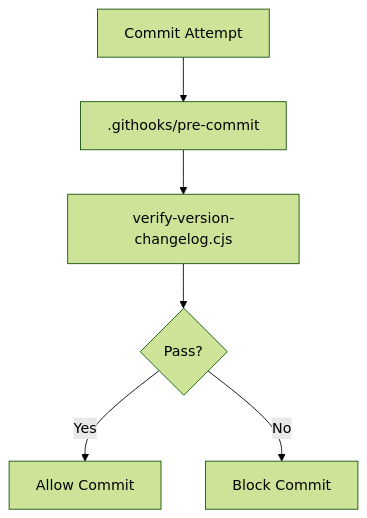
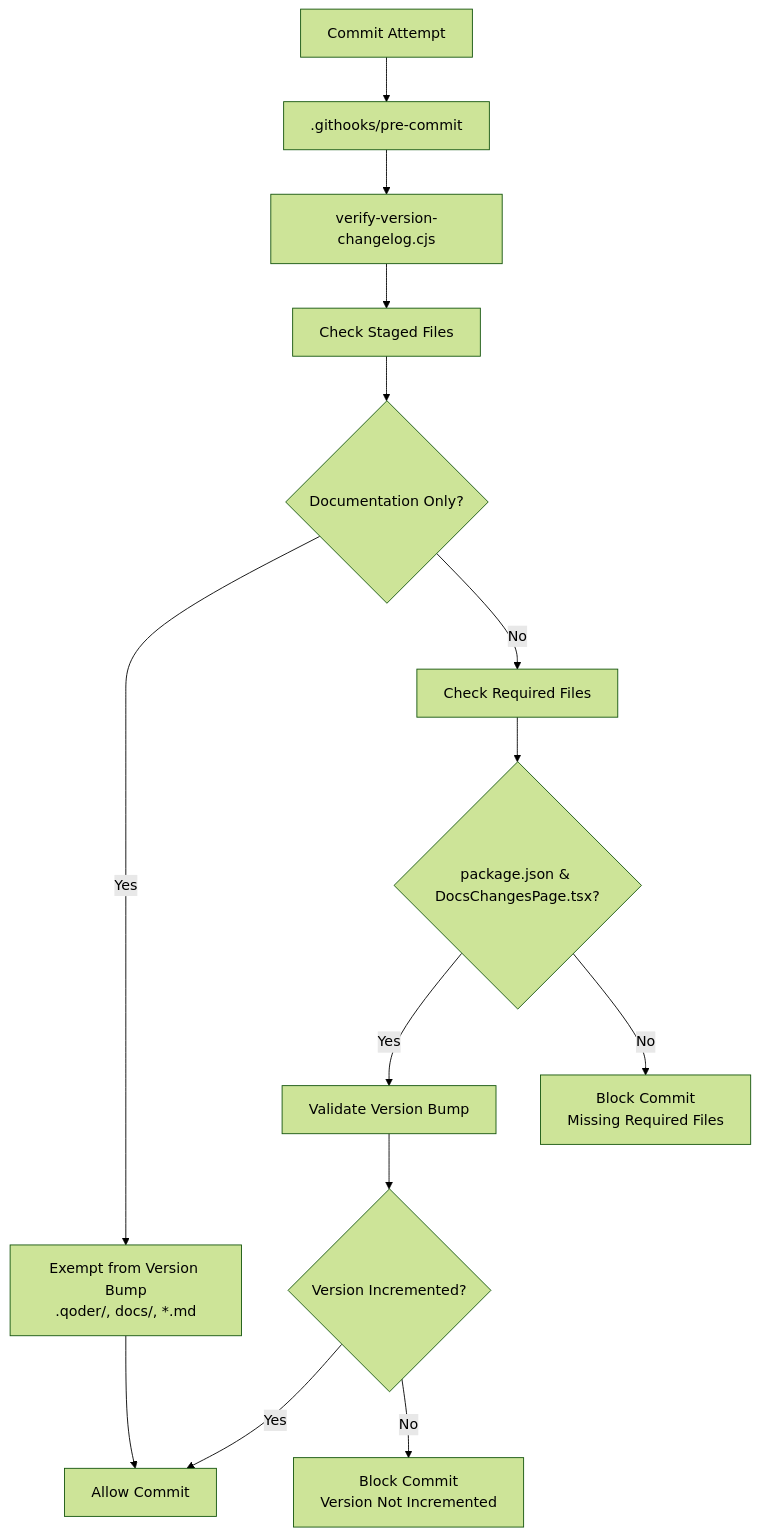
One commit to usermontalvao/CRMlaw changed the ninth of 10 diagrams in .qoder/repowiki/en/content/Development Tools.md. Above: the diagram before and after it, drawn with Mermaid (forest theme). The commit also changed other lines of this file and 7 other files, not shown here.

````diff
--- a/.qoder/repowiki/en/content/Development Tools.md
+++ b/.qoder/repowiki/en/content/Development Tools.md
@@ -292,8 +305,16 @@
 ```mermaid
 flowchart TD
 Commit["Commit Attempt"] --> Hook[".githooks/pre-commit"]
 Hook --> Verify["verify-version-changelog.cjs"]
-Verify --> Result{"Pass?"}
-Result --> |Yes| Allow["Allow Commit"]
-Result --> |No| Block["Block Commit"]
+Verify --> StageCheck["Check Staged Files"]
+StageCheck --> DocCheck{"Documentation Only?"}
+DocCheck --> |Yes| Exempt["Exempt from Version Bump<br/>.qoder/, docs/, *.md"]
+DocCheck --> |No| RequiredCheck["Check Required Files"]
+RequiredCheck --> RequiredFiles{"package.json & DocsChangesPage.tsx?"}
+RequiredFiles --> |Yes| VersionCheck["Validate Version Bump"]
+RequiredFiles --> |No| Block["Block Commit<br/>Missing Required Files"]
+VersionCheck --> VersionValid{"Version Incremented?"}
+VersionValid --> |Yes| Allow["Allow Commit"]
+VersionValid --> |No| BlockVersion["Block Commit<br/>Version Not Incremented"]
+Exempt --> Allow
 ```
````
